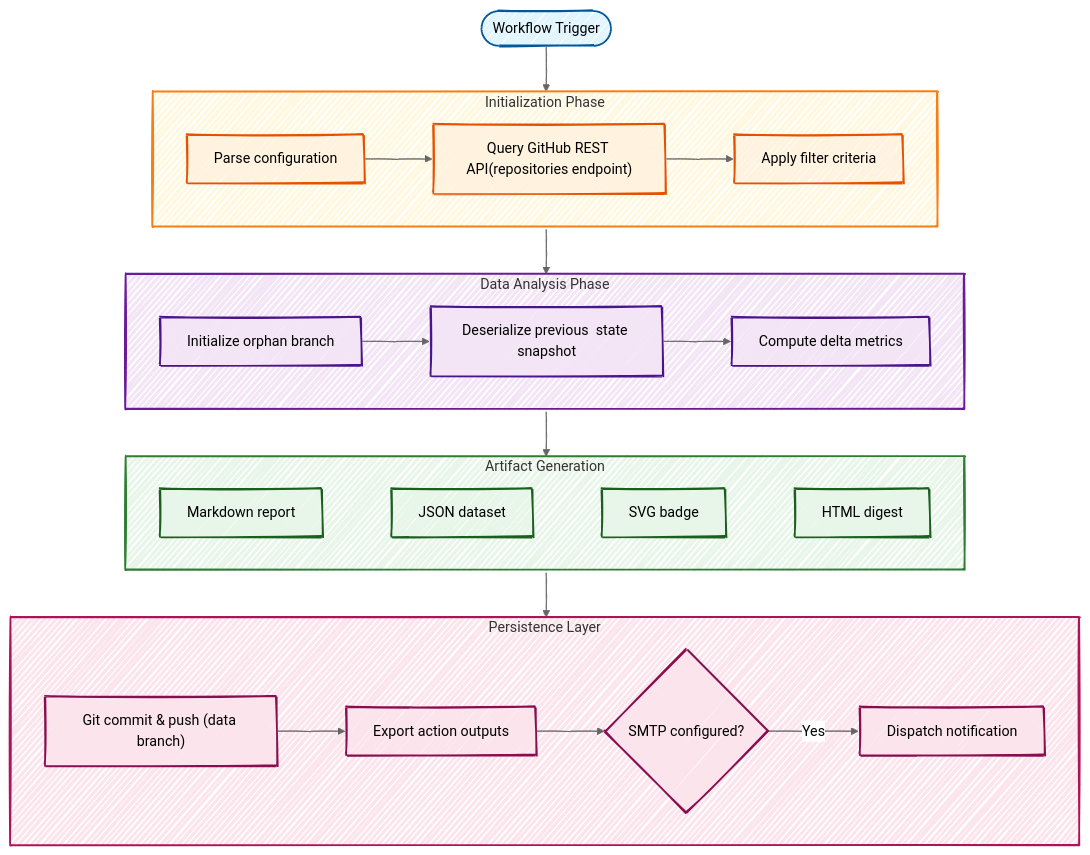
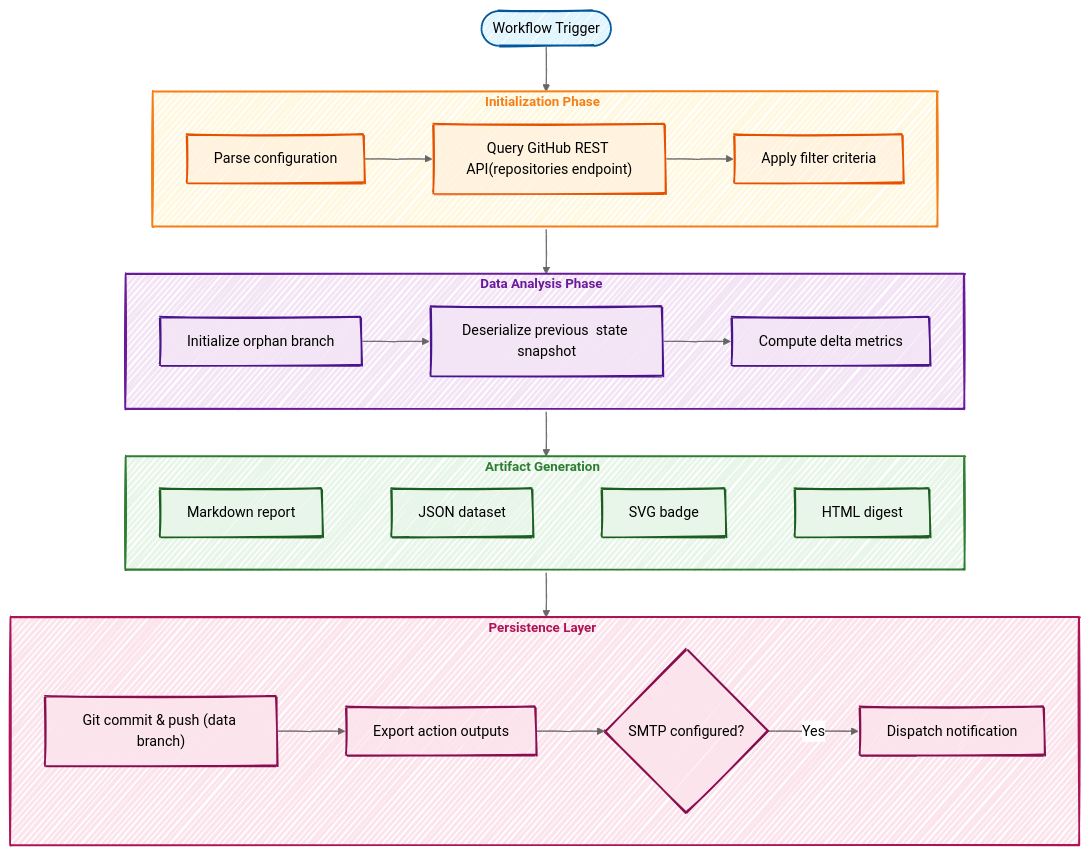
Before and after one commit to fbuireu/github-star-tracker: the first of 2 diagrams in README.md, drawn with Mermaid.

Commit message:
docs: test size

````diff
--- a/README.md
+++ b/README.md
@@ -16,52 +16,52 @@
 ```mermaid
 ---
 config:
   look: handDrawn
   theme: neutral
 ---
 flowchart TD
     trigger(["Workflow Trigger"])
 
     subgraph setup ["Initialization Phase"]
         direction LR
         config["Parse configuration"] --> fetch["Query GitHub REST API(repositories endpoint)"] --> filter["Apply filter criteria"]
     end
 
     subgraph analysis ["Data Analysis Phase"]
         direction LR
         init["Initialize orphan branch"] --> read["Deserialize previous  state snapshot"] --> compare["Compute delta metrics"]
     end
 
     subgraph artifacts ["Artifact Generation"]
         direction LR
         md["Markdown report"] ~~~ json["JSON dataset"] ~~~ svg["SVG badge"] ~~~ html["HTML digest"]
     end
 
     subgraph persist ["Persistence Layer"]
         direction LR
         commit["Git commit & push (data branch)"] --> setout["Export action outputs"] --> email{"SMTP configured?"}
         email -->|Yes| send["Dispatch notification"]
     end
 
     trigger --> setup --> analysis --> artifacts --> persist
 
     style trigger fill:#e1f5ff,stroke:#01579b,stroke-width:2px
     style config fill:#fff3e0,stroke:#e65100,stroke-width:2px
     style fetch fill:#fff3e0,stroke:#e65100,stroke-width:2px
     style filter fill:#fff3e0,stroke:#e65100,stroke-width:2px
     style init fill:#f3e5f5,stroke:#4a148c,stroke-width:2px
     style read fill:#f3e5f5,stroke:#4a148c,stroke-width:2px
     style compare fill:#f3e5f5,stroke:#4a148c,stroke-width:2px
     style md fill:#e8f5e9,stroke:#1b5e20,stroke-width:2px
     style json fill:#e8f5e9,stroke:#1b5e20,stroke-width:2px
     style svg fill:#e8f5e9,stroke:#1b5e20,stroke-width:2px
     style html fill:#e8f5e9,stroke:#1b5e20,stroke-width:2px
     style commit fill:#fce4ec,stroke:#880e4f,stroke-width:2px
     style setout fill:#fce4ec,stroke:#880e4f,stroke-width:2px
     style email fill:#fce4ec,stroke:#880e4f,stroke-width:2px
     style send fill:#fce4ec,stroke:#880e4f,stroke-width:2px
-    style setup fill:#fff8e1,stroke:#f57f17,stroke-width:2px
-    style analysis fill:#f3e5f5,stroke:#6a1b9a,stroke-width:2px
-    style artifacts fill:#e8f5e9,stroke:#2e7d32,stroke-width:2px
-    style persist fill:#fce4ec,stroke:#ad1457,stroke-width:2px
+    style setup fill:#fff8e1,stroke:#f57f17,stroke-width:2px,color:#f57f17,font-weight:bold,font-size:15px
+    style analysis fill:#f3e5f5,stroke:#6a1b9a,stroke-width:2px,color:#6a1b9a,font-weight:bold,font-size:15px
+    style artifacts fill:#e8f5e9,stroke:#2e7d32,stroke-width:2px,color:#2e7d32,font-weight:bold,font-size:15px
+    style persist fill:#fce4ec,stroke:#ad1457,stroke-width:2px,color:#ad1457,font-weight:bold,font-size:15px
 ```
````
